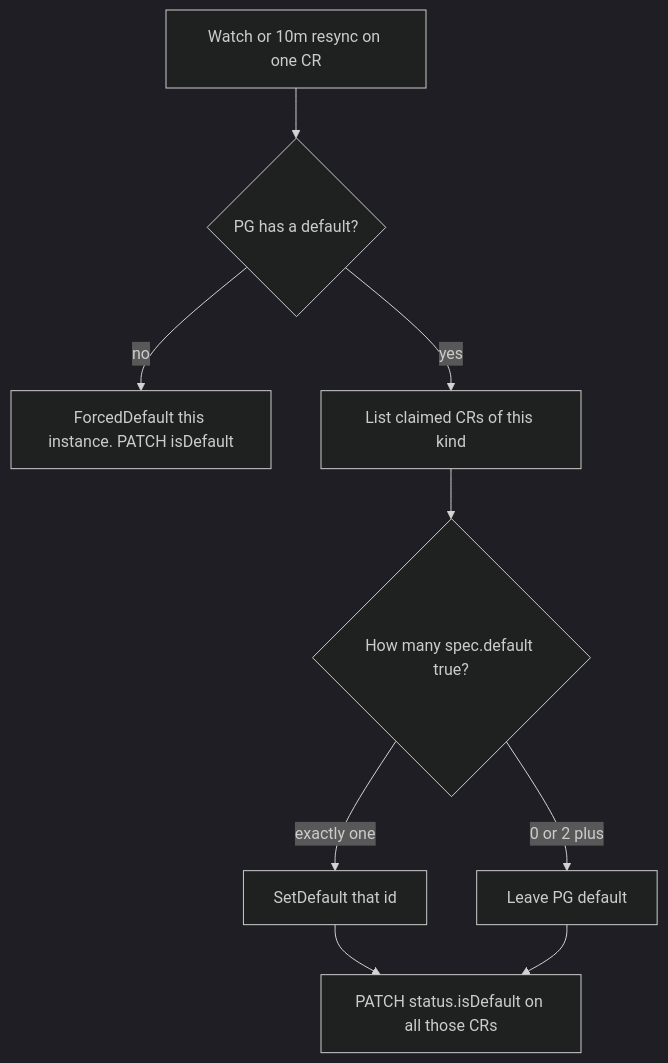
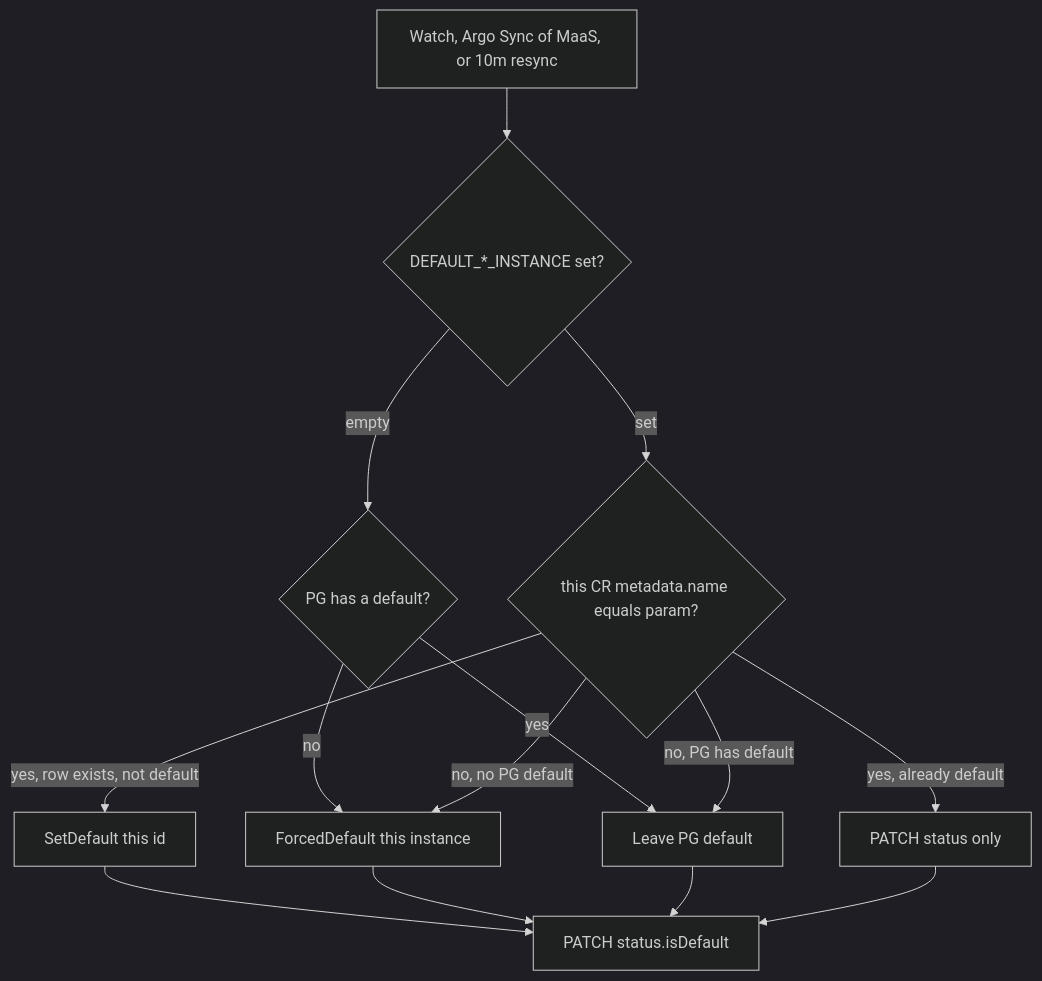
The seventh of 14 diagrams in docs/operator_design.md (Netcracker/qubership-maas), drawn with Mermaid (dark theme) before and after one commit. The commit also changed other lines of this file and 1 other file, not shown here.

````diff
--- a/docs/operator_design.md
+++ b/docs/operator_design.md
@@ -1012,12 +943,17 @@
 ```mermaid
 flowchart TD
-  ev[Watch or 10m resync on one CR]
-  ev --> empty{"PG has a default?"}
-  empty -->|no| force["ForcedDefault this instance. PATCH isDefault"]
-  empty -->|yes| list["List claimed CRs of this kind"]
-  list --> n{"How many spec.default true?"}
-  n -->|exactly one| set["SetDefault that id"]
-  n -->|0 or 2 plus| keep["Leave PG default"]
-  set --> patchAll["PATCH status.isDefault on all those CRs"]
-  keep --> patchAll
+  ev[Watch, Argo Sync of MaaS, or 10m resync]
+  ev --> param{"DEFAULT_*_INSTANCE set?"}
+  param -->|empty| empty{"PG has a default?"}
+  empty -->|no| force["ForcedDefault this instance"]
+  empty -->|yes| keep["Leave PG default"]
+  param -->|set| match{"this CR metadata.name equals param?"}
+  match -->|yes, row exists, not default| set["SetDefault this id"]
+  match -->|yes, already default| patchOnly["PATCH status only"]
+  match -->|no, no PG default| force
+  match -->|no, PG has default| keep
+  set --> patch["PATCH status.isDefault"]
+  force --> patch
+  keep --> patch
+  patchOnly --> patch
 ```
````
